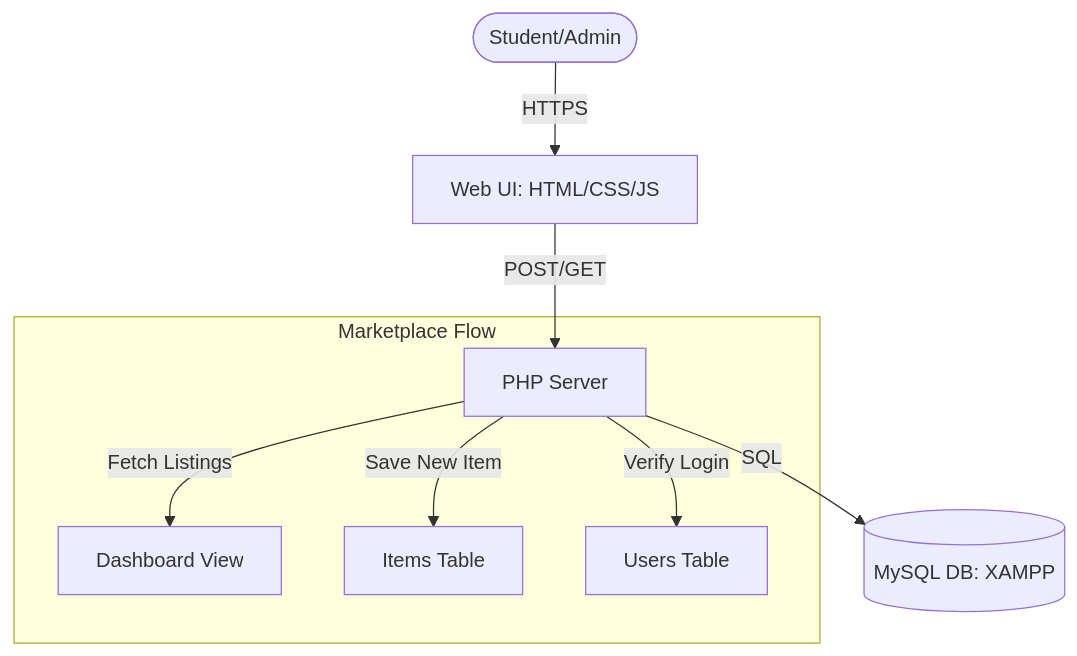
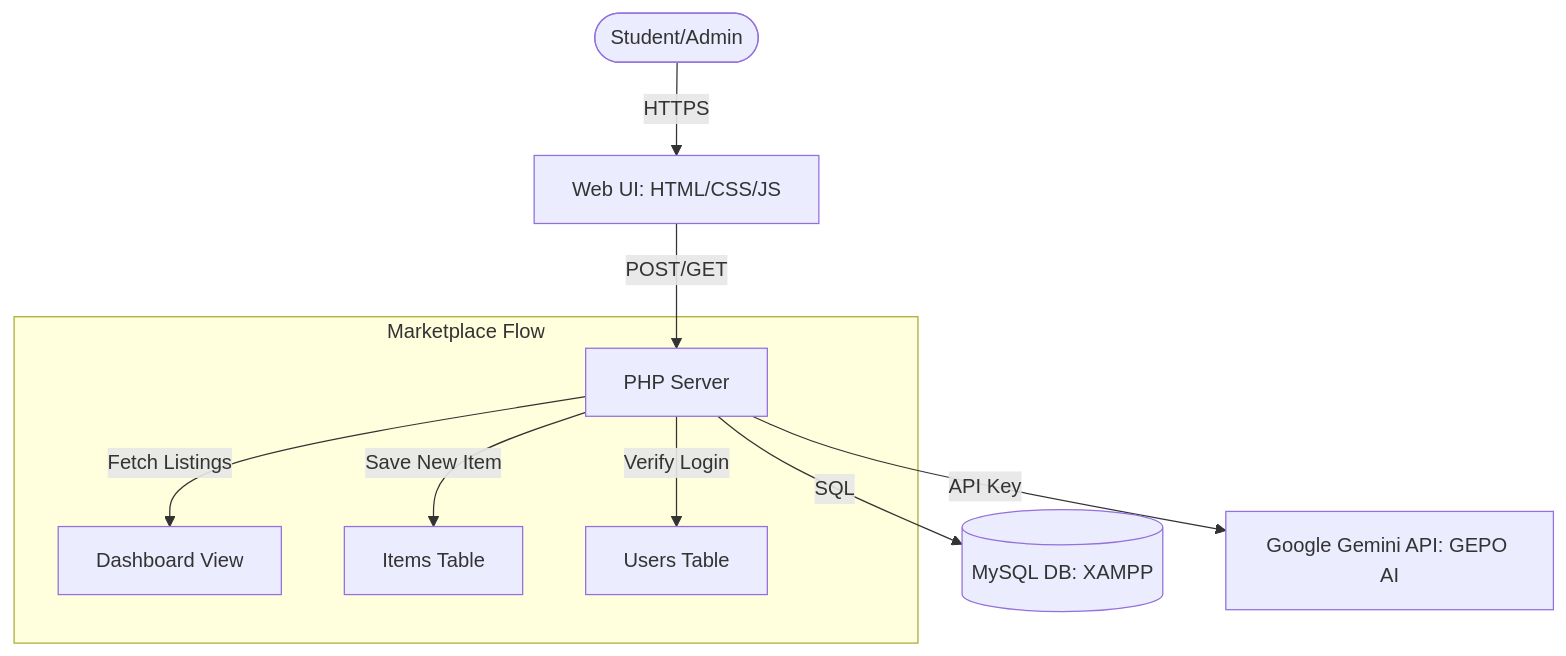
Before and after one commit to Russel-John/Gearloop: the diagram in docs/architecture.md, drawn with Mermaid.

````diff
--- a/docs/architecture.md
+++ b/docs/architecture.md
@@ -4,12 +4,13 @@
 ```mermaid
 graph TD
     User([Student/Admin]) -->|HTTPS| Frontend[Web UI: HTML/CSS/JS]
     Frontend -->|POST/GET| Backend[PHP Server]
     Backend -->|SQL| Database[(MySQL DB: XAMPP)]
+    Backend -->|API Key| Gemini[Google Gemini API: GEPO AI]
     
     subgraph Marketplace Flow
         Backend -->|Fetch Listings| Dashboard[Dashboard View]
         Backend -->|Save New Item| DB_Items[Items Table]
         Backend -->|Verify Login| DB_Users[Users Table]
     end
 ```
````
